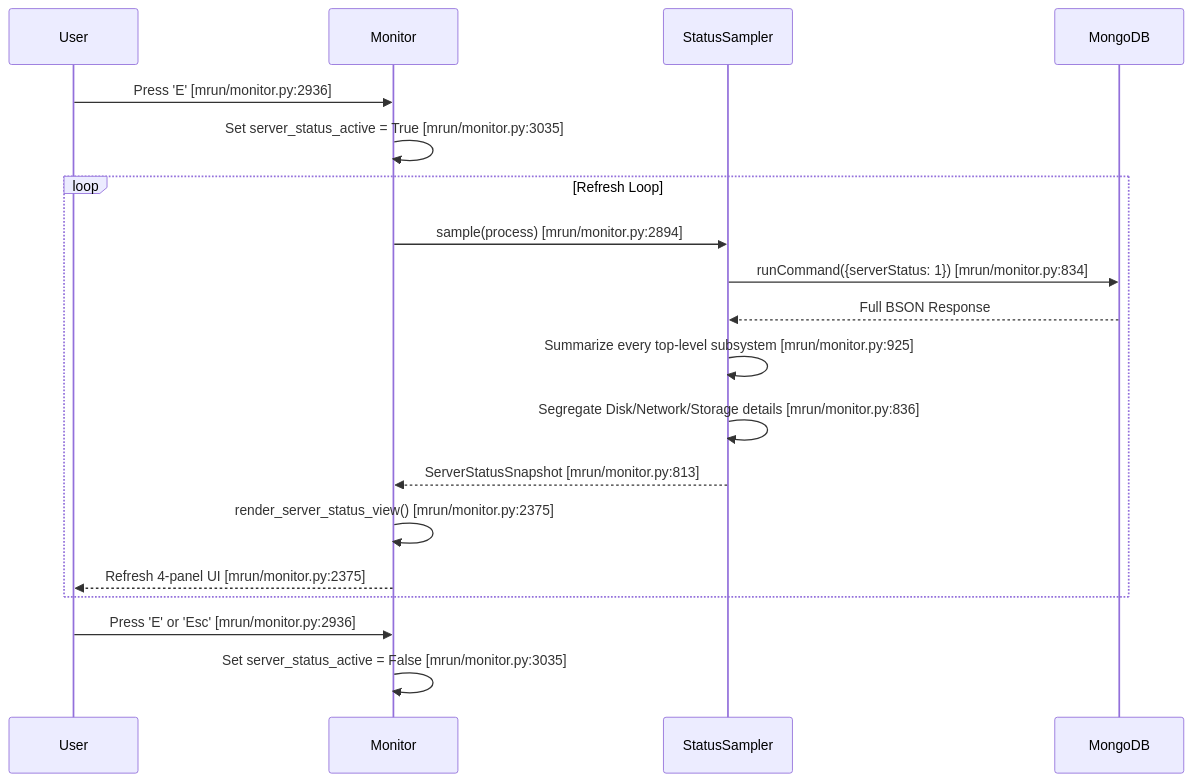
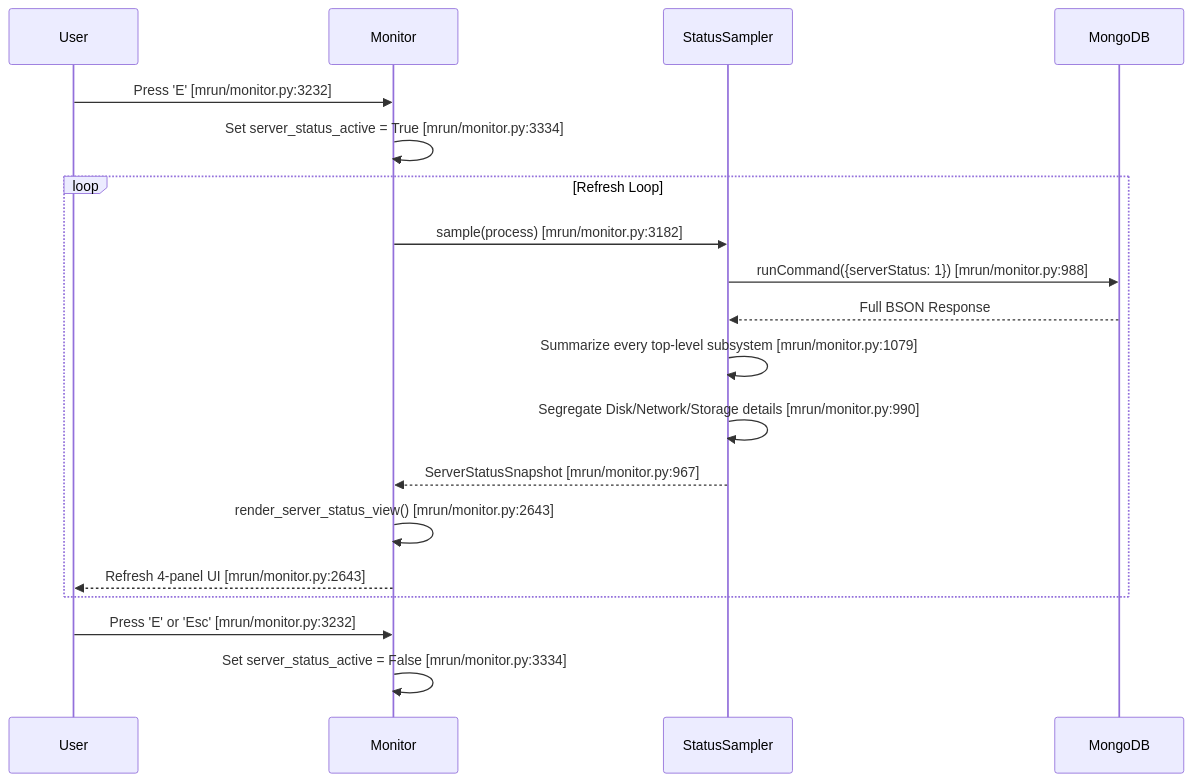
One commit to mongodb/mlaunch changed the fifth of 12 diagrams in doc/feature-monitor-guide.md. Above: the diagram before and after it, drawn with Mermaid. The commit also changed other lines of this file and 2 other files, not shown here.

Commit message:
docs: document roles and current ops monitor view

````diff
--- a/doc/feature-monitor-guide.md
+++ b/doc/feature-monitor-guide.md
@@ -441,22 +465,22 @@
 ```mermaid
 sequenceDiagram
     participant User
     participant Monitor
     participant StatusSampler
     participant Mongo as MongoDB
 
-    User->>Monitor: Press 'E' [mrun/monitor.py:2936]
-    Monitor->>Monitor: Set server_status_active = True [mrun/monitor.py:3035]
+    User->>Monitor: Press 'E' [mrun/monitor.py:3232]
+    Monitor->>Monitor: Set server_status_active = True [mrun/monitor.py:3334]
     loop Refresh Loop
-        Monitor->>StatusSampler: sample(process) [mrun/monitor.py:2894]
-        StatusSampler->>Mongo: runCommand({serverStatus: 1}) [mrun/monitor.py:834]
+        Monitor->>StatusSampler: sample(process) [mrun/monitor.py:3182]
+        StatusSampler->>Mongo: runCommand({serverStatus: 1}) [mrun/monitor.py:988]
         Mongo-->>StatusSampler: Full BSON Response
-        StatusSampler->>StatusSampler: Summarize every top-level subsystem [mrun/monitor.py:925]
-        StatusSampler->>StatusSampler: Segregate Disk/Network/Storage details [mrun/monitor.py:836]
-        StatusSampler-->>Monitor: ServerStatusSnapshot [mrun/monitor.py:813]
-        Monitor->>Monitor: render_server_status_view() [mrun/monitor.py:2375]
-        Monitor-->>User: Refresh 4-panel UI [mrun/monitor.py:2375]
+        StatusSampler->>StatusSampler: Summarize every top-level subsystem [mrun/monitor.py:1079]
+        StatusSampler->>StatusSampler: Segregate Disk/Network/Storage details [mrun/monitor.py:990]
+        StatusSampler-->>Monitor: ServerStatusSnapshot [mrun/monitor.py:967]
+        Monitor->>Monitor: render_server_status_view() [mrun/monitor.py:2643]
+        Monitor-->>User: Refresh 4-panel UI [mrun/monitor.py:2643]
     end
-    User->>Monitor: Press 'E' or 'Esc' [mrun/monitor.py:2936]
-    Monitor->>Monitor: Set server_status_active = False [mrun/monitor.py:3035]
+    User->>Monitor: Press 'E' or 'Esc' [mrun/monitor.py:3232]
+    Monitor->>Monitor: Set server_status_active = False [mrun/monitor.py:3334]
 ```
````
